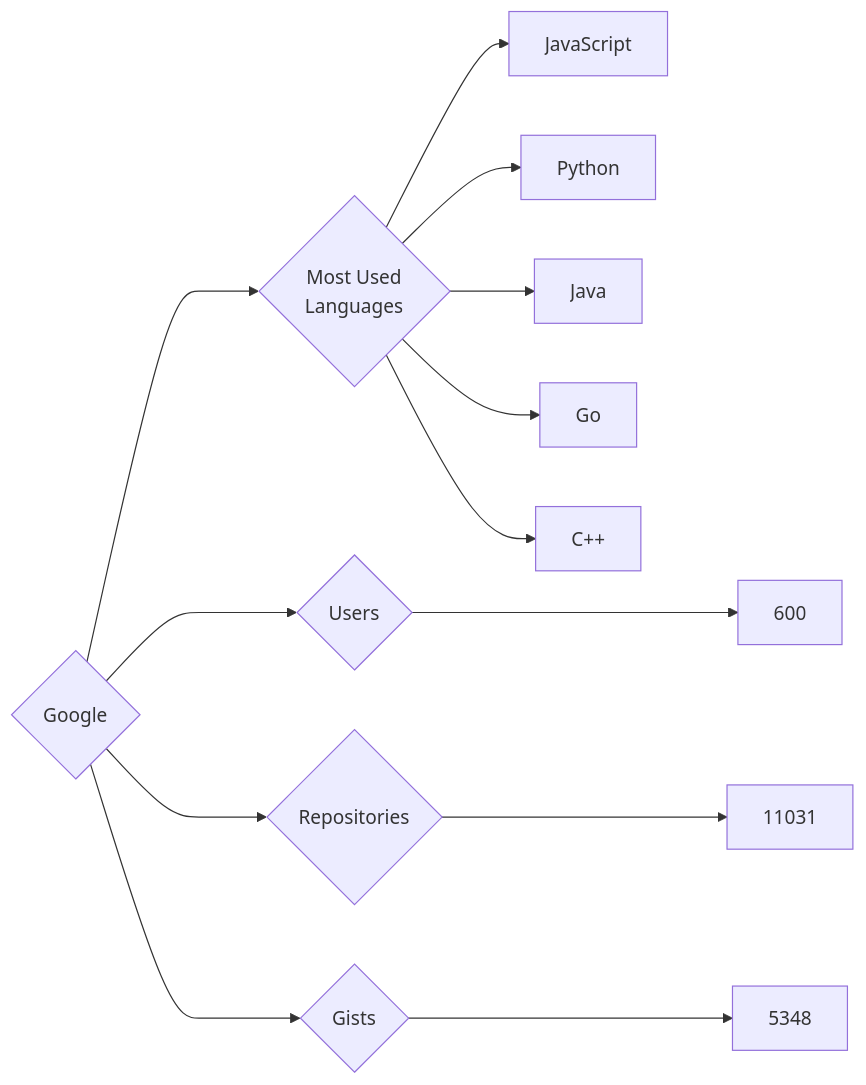
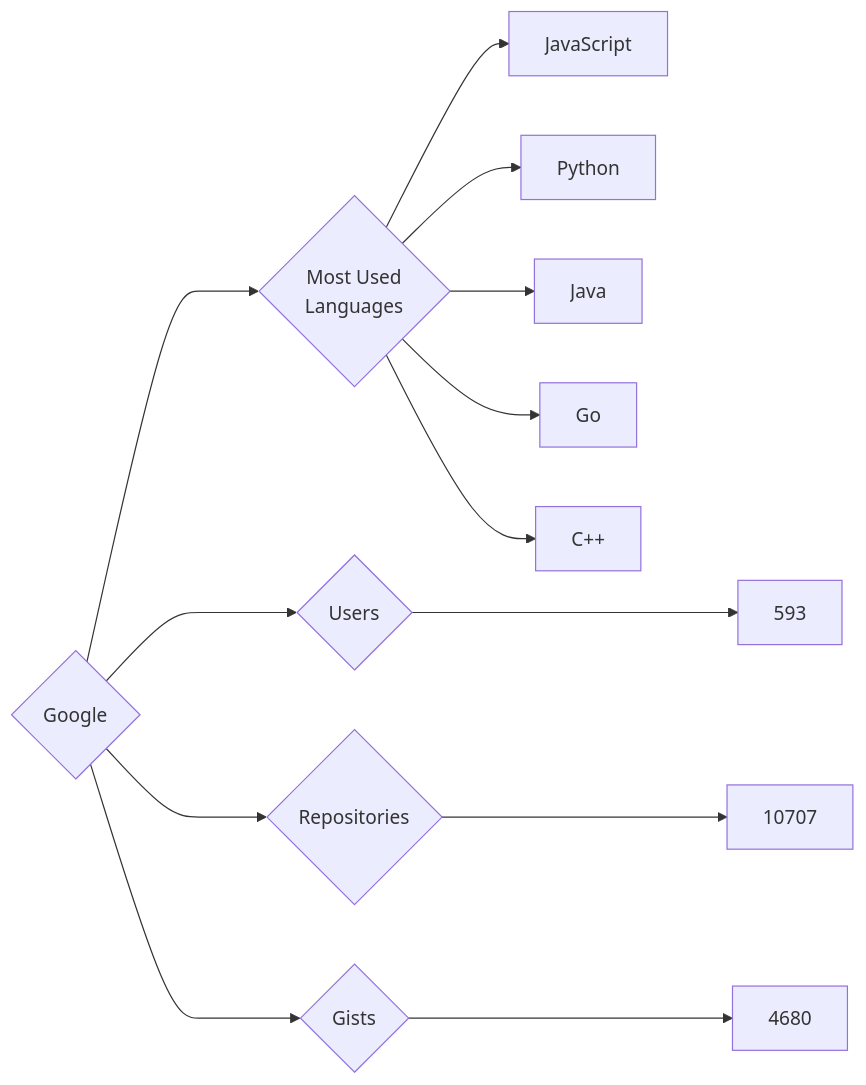
The diagram in targets/Google/README.md (trickest/insiders), drawn with Mermaid before and after one commit. The commit also changed 1195 other files, not shown here.

````diff
--- a/targets/Google/README.md
+++ b/targets/Google/README.md
@@ -3,13 +3,13 @@
 ```mermaid
 graph LR
 COMPANY_NAME{Google}
-COMPANY_NAME ---> U{Users} ---> UN[600]
-COMPANY_NAME ---> R{Repositories} ---> RN[11031]
-COMPANY_NAME ---> G{Gists} ---> GN[5348]
+COMPANY_NAME ---> U{Users} ---> UN[593]
+COMPANY_NAME ---> R{Repositories} ---> RN[10707]
+COMPANY_NAME ---> G{Gists} ---> GN[4680]
 COMPANY_NAME ---> ML{Most Used<br>Languages}
 ML --> JavaScript[JavaScript]
 ML --> Python[Python]
 ML --> Java[Java]
 ML --> Go[Go]
 ML --> C++[C++]
 ```
````
